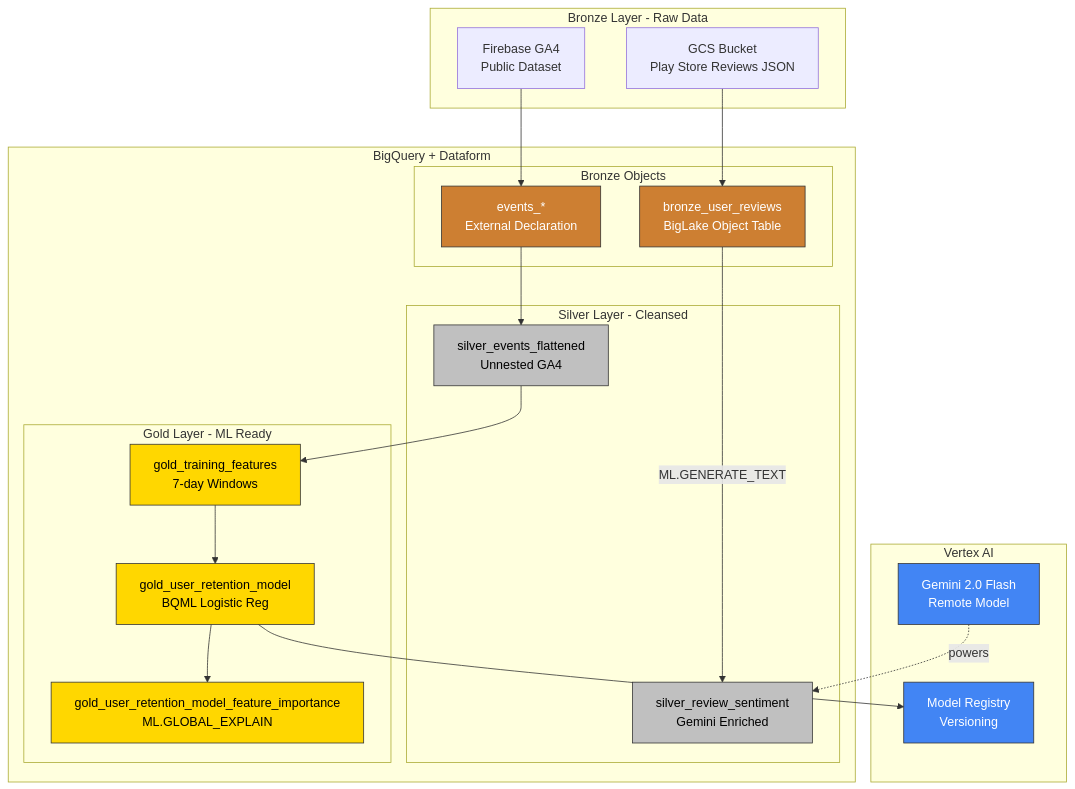
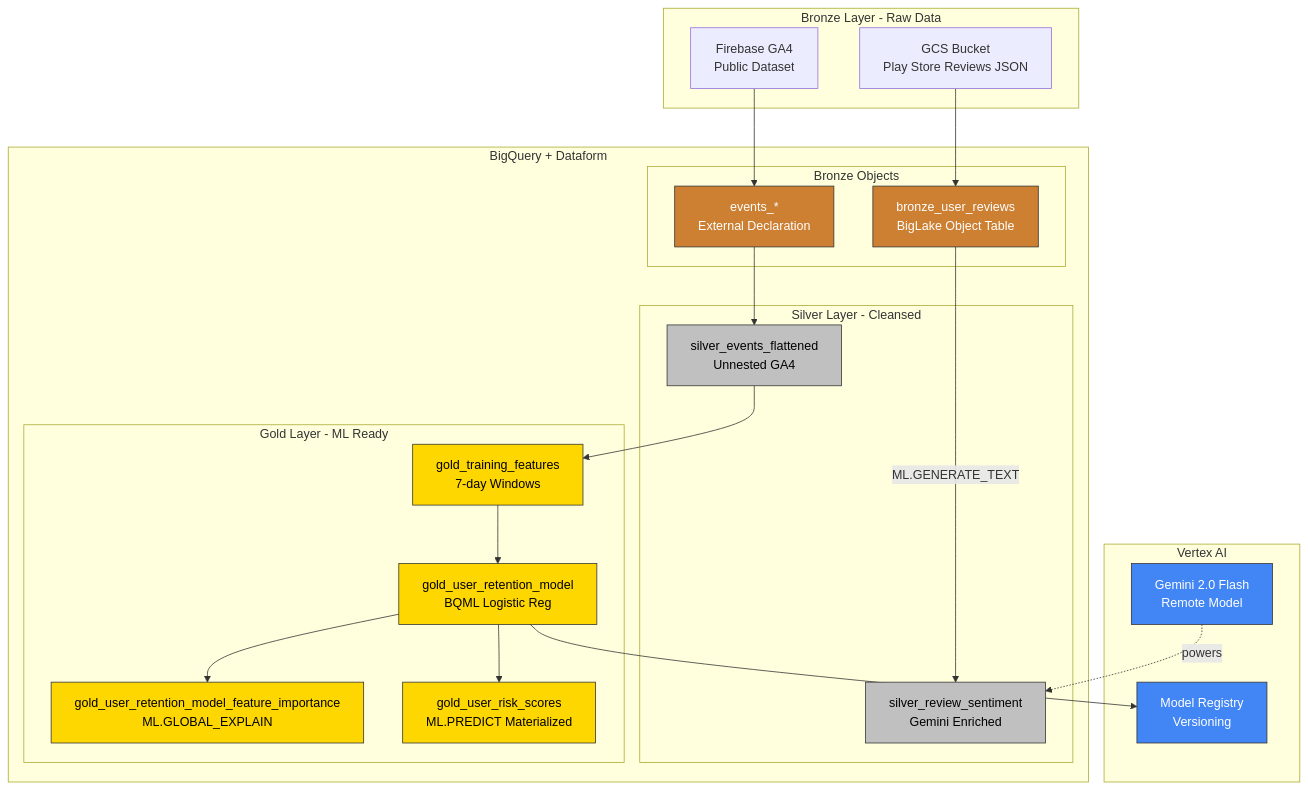
Before and after one commit to gCloud-Tech-Showcase/Data-Cloud: the first of 5 diagrams in docs/architecture.md, drawn with Mermaid. The commit also changed 2 other files, not shown here.

Commit message:
Add gold_user_risk_scores table for materialized predictions
Enables analyst exploration in Data Canvas without running ML.PREDICT.
In production, this would run daily on current user features.

Includes:
- return_probability and risk_category (HIGH/MEDIUM/LOW)
- Key features for context (days_active, device, country, etc.)
- actual_outcome for demo/evaluation purposes

````diff
--- a/docs/architecture.md
+++ b/docs/architecture.md
@@ -11,52 +11,54 @@
 ```mermaid
 graph TB
     subgraph "Bronze Layer - Raw Data"
         GCS[GCS Bucket<br/>Play Store Reviews JSON]
         GA4[Firebase GA4<br/>Public Dataset]
     end
 
     subgraph "BigQuery + Dataform"
         subgraph "Bronze Objects"
             BRONZE_REV[bronze_user_reviews<br/>BigLake Object Table]
             BRONZE_EVT[events_*<br/>External Declaration]
         end
 
         subgraph "Silver Layer - Cleansed"
             SILVER_REV[silver_review_sentiment<br/>Gemini Enriched]
             SILVER_EVT[silver_events_flattened<br/>Unnested GA4]
         end
 
         subgraph "Gold Layer - ML Ready"
             GOLD_FEAT[gold_training_features<br/>7-day Windows]
             GOLD_MODEL[gold_user_retention_model<br/>BQML Logistic Reg]
             GOLD_FI[gold_user_retention_model_feature_importance<br/>ML.GLOBAL_EXPLAIN]
+            GOLD_SCORES[gold_user_risk_scores<br/>ML.PREDICT Materialized]
         end
     end
 
     subgraph "Vertex AI"
         GEMINI[Gemini 2.0 Flash<br/>Remote Model]
         REGISTRY[Model Registry<br/>Versioning]
     end
 
     GCS --> BRONZE_REV
     GA4 --> BRONZE_EVT
 
     BRONZE_REV --> |ML.GENERATE_TEXT| SILVER_REV
     GEMINI -.-> |powers| SILVER_REV
 
     BRONZE_EVT --> SILVER_EVT
     SILVER_EVT --> GOLD_FEAT
     GOLD_FEAT --> GOLD_MODEL
     GOLD_MODEL --> REGISTRY
     GOLD_MODEL --> GOLD_FI
+    GOLD_MODEL --> GOLD_SCORES
 
     classDef bronze fill:#cd7f32,stroke:#333,color:#fff
     classDef silver fill:#c0c0c0,stroke:#333,color:#000
     classDef gold fill:#ffd700,stroke:#333,color:#000
     classDef external fill:#4285f4,stroke:#333,color:#fff
 
     class BRONZE_REV,BRONZE_EVT bronze
     class SILVER_REV,SILVER_EVT silver
-    class GOLD_FEAT,GOLD_MODEL,GOLD_FI gold
+    class GOLD_FEAT,GOLD_MODEL,GOLD_FI,GOLD_SCORES gold
     class GEMINI,REGISTRY external
 ```
````
